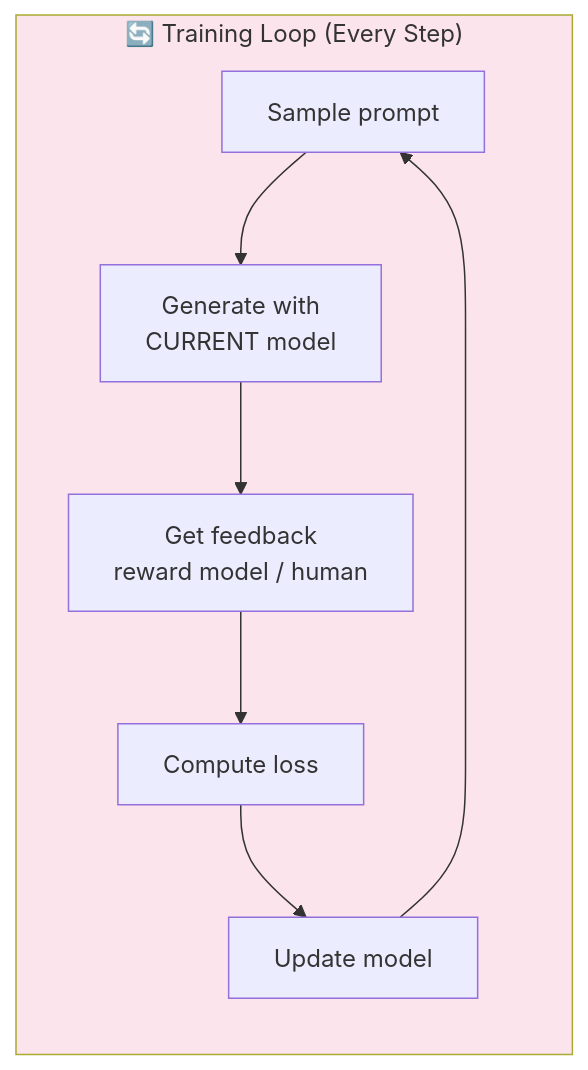
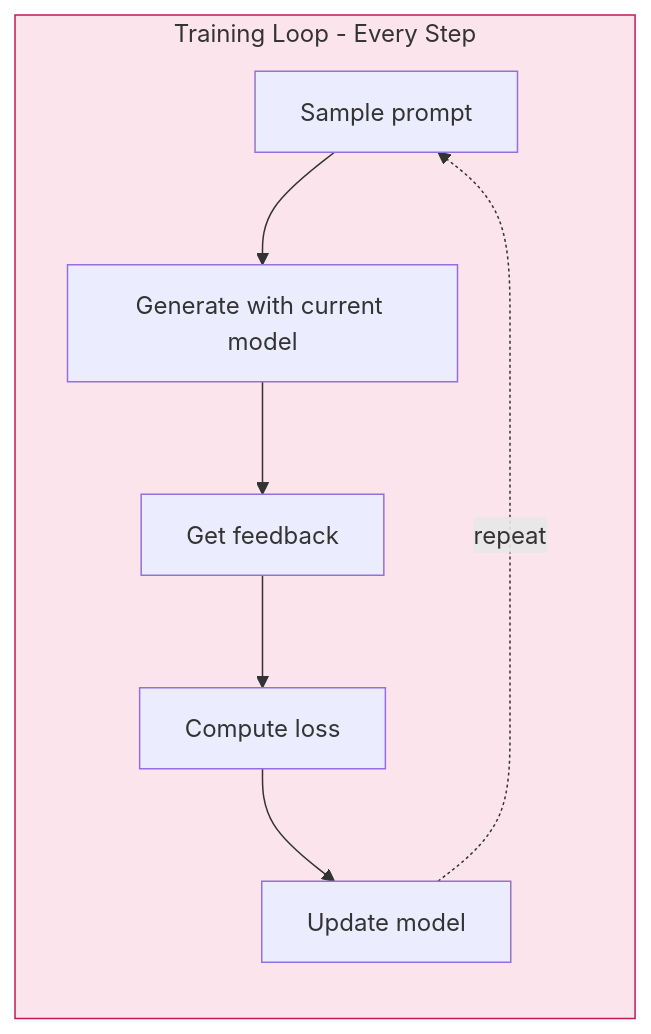
The fourth of 6 diagrams in Learning/Online_vs_offline.md (niharpalem/Simplifiy_Ai), drawn with Mermaid before and after one commit. The commit also changed other lines of this file, not shown here.

````diff
--- a/Learning/Online_vs_offline.md
+++ b/Learning/Online_vs_offline.md
@@ -116,12 +116,12 @@
 ```mermaid
 flowchart LR
-    subgraph Loop["🔄 Training Loop (Every Step)"]
-        A[Sample prompt] --> B[Generate with<br/>CURRENT model]
-        B --> C[Get feedback<br/>reward model / human]
-        C --> D[Compute loss]
-        D --> E[Update model]
-        E --> A
+    subgraph LOOP["Training Loop - Every Step"]
+        A["Sample prompt"] --> B["Generate with current model"]
+        B --> C["Get feedback"]
+        C --> D["Compute loss"]
+        D --> E["Update model"]
+        E -.->|repeat| A
     end
     
-    style Loop fill:#fce4ec
+    style LOOP fill:#fce4ec,stroke:#c2185b
 ```
````
